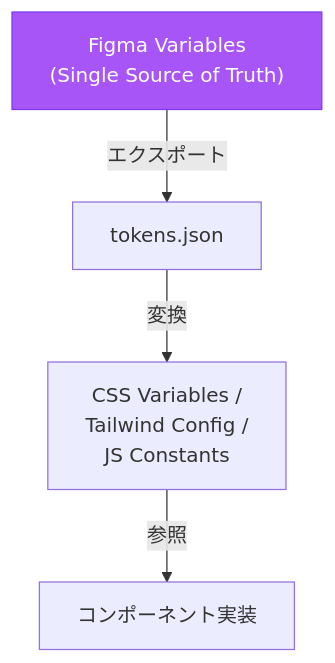
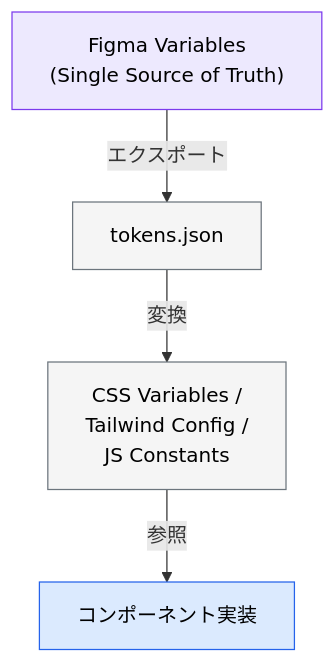
Before and after one commit to takuma39/ai: diagram 29 of 44 in AI駆動開発.md, drawn with Mermaid. The commit also changed other lines of this file, not shown here.

````diff
--- a/AI駆動開発.md
+++ b/AI駆動開発.md
@@ -2042,8 +2134,11 @@
 ```mermaid
 flowchart TD
     A["Figma Variables<br/>(Single Source of Truth)"] -->|エクスポート| B["tokens.json"]
     B -->|変換| C["CSS Variables /<br/>Tailwind Config /<br/>JS Constants"]
     C -->|参照| D["コンポーネント実装"]
     
-    style A fill:#a855f7,stroke:#7c3aed,color:#fff
+    style A fill:#ede9fe,stroke:#7c3aed,color:#000
+    style B fill:#f5f5f5,stroke:#6c757d,color:#000
+    style C fill:#f5f5f5,stroke:#6c757d,color:#000
+    style D fill:#dbeafe,stroke:#2563eb,color:#000
 ```
````
